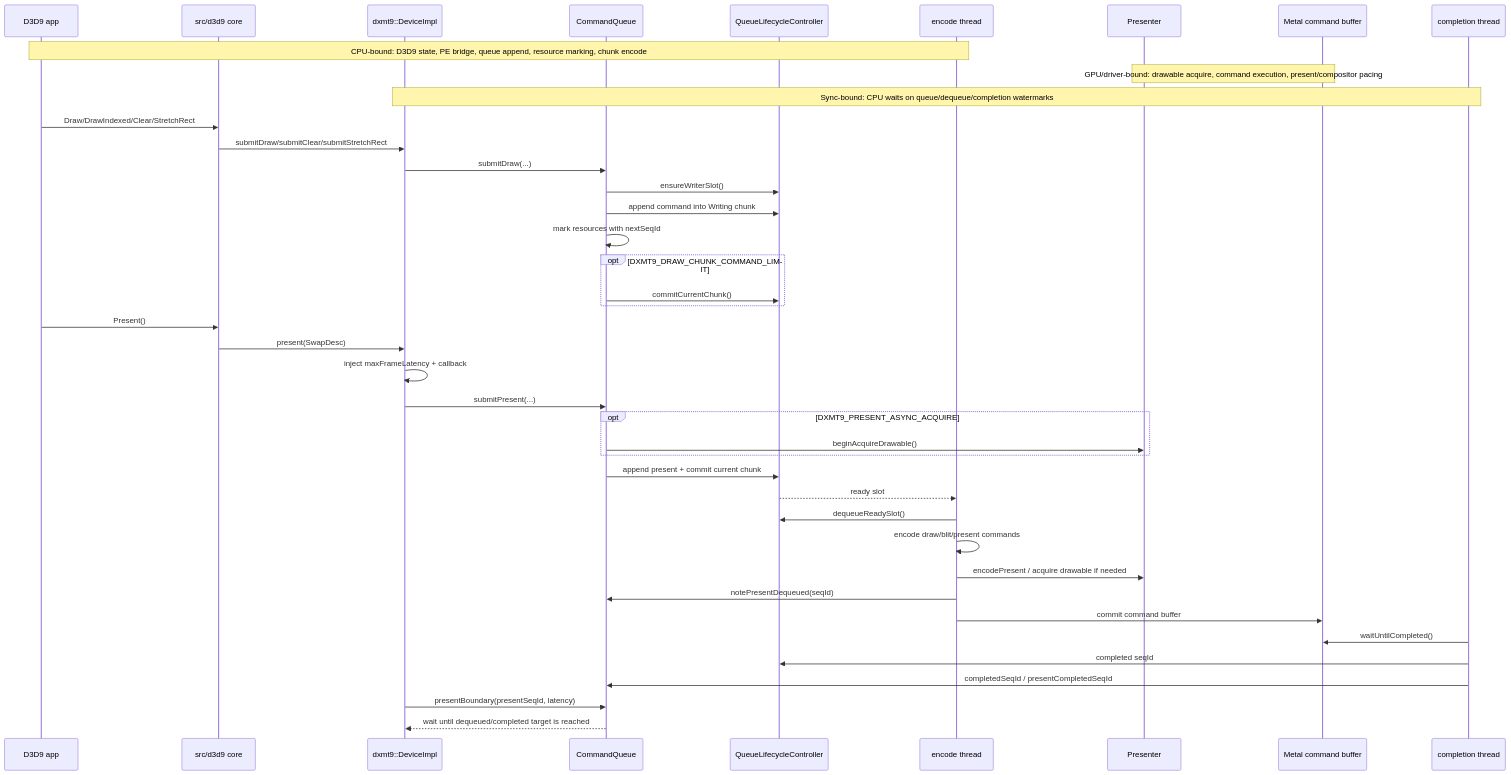
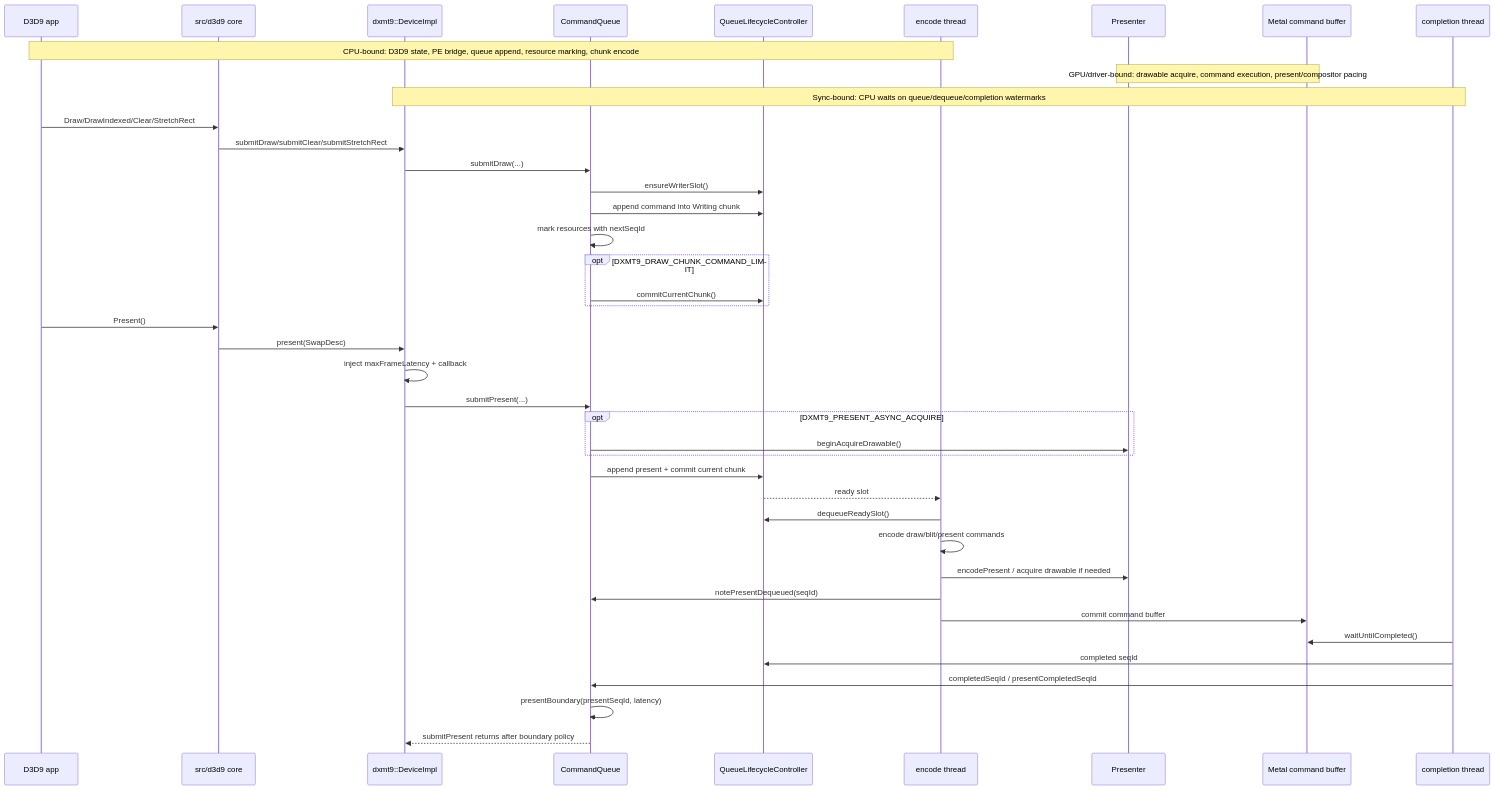
Before and after one commit to dfdgsdfg/dxmt9: the second of 10 diagrams in docs/perfomance-bottleneck.md, drawn with Mermaid. The commit also changed other lines of this file and 13 other files, not shown here.

````diff
--- a/docs/perfomance-bottleneck.md
+++ b/docs/perfomance-bottleneck.md
@@ -68,46 +68,46 @@
 ```mermaid
 sequenceDiagram
   participant App as D3D9 app
   participant Core as src/d3d9 core
   participant Device as dxmt9::DeviceImpl
   participant CQ as CommandQueue
   participant QLC as QueueLifecycleController
   participant Encode as encode thread
   participant Presenter as Presenter
   participant Metal as Metal command buffer
   participant Complete as completion thread
 
   Note over App,Encode: CPU-bound: D3D9 state, PE bridge, queue append, resource marking, chunk encode
   Note over Presenter,Metal: GPU/driver-bound: drawable acquire, command execution, present/compositor pacing
   Note over Device,Complete: Sync-bound: CPU waits on queue/dequeue/completion watermarks
 
   App->>Core: Draw/DrawIndexed/Clear/StretchRect
   Core->>Device: submitDraw/submitClear/submitStretchRect
   Device->>CQ: submitDraw(...)
   CQ->>QLC: ensureWriterSlot()
   CQ->>QLC: append command into Writing chunk
   CQ->>CQ: mark resources with nextSeqId
   opt DXMT9_DRAW_CHUNK_COMMAND_LIMIT
     CQ->>QLC: commitCurrentChunk()
   end
 
   App->>Core: Present()
   Core->>Device: present(SwapDesc)
   Device->>Device: inject maxFrameLatency + callback
   Device->>CQ: submitPresent(...)
   opt DXMT9_PRESENT_ASYNC_ACQUIRE
     CQ->>Presenter: beginAcquireDrawable()
   end
   CQ->>QLC: append present + commit current chunk
   QLC-->>Encode: ready slot
   Encode->>QLC: dequeueReadySlot()
   Encode->>Encode: encode draw/blit/present commands
   Encode->>Presenter: encodePresent / acquire drawable if needed
   Encode->>CQ: notePresentDequeued(seqId)
   Encode->>Metal: commit command buffer
   Complete->>Metal: waitUntilCompleted()
   Complete->>QLC: completed seqId
   Complete->>CQ: completedSeqId / presentCompletedSeqId
-  Device->>CQ: presentBoundary(presentSeqId, latency)
-  CQ-->>Device: wait until dequeued/completed target is reached
+  CQ->>CQ: presentBoundary(presentSeqId, latency)
+  CQ-->>Device: submitPresent returns after boundary policy
 ```
````
